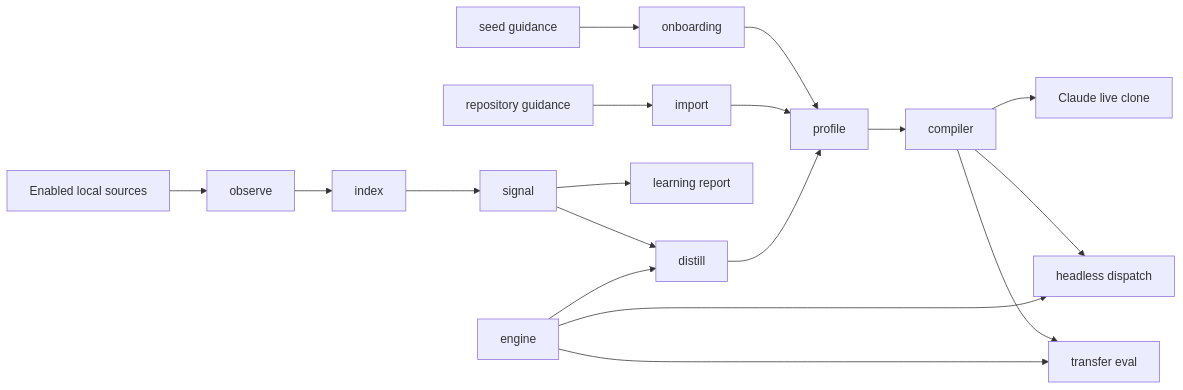
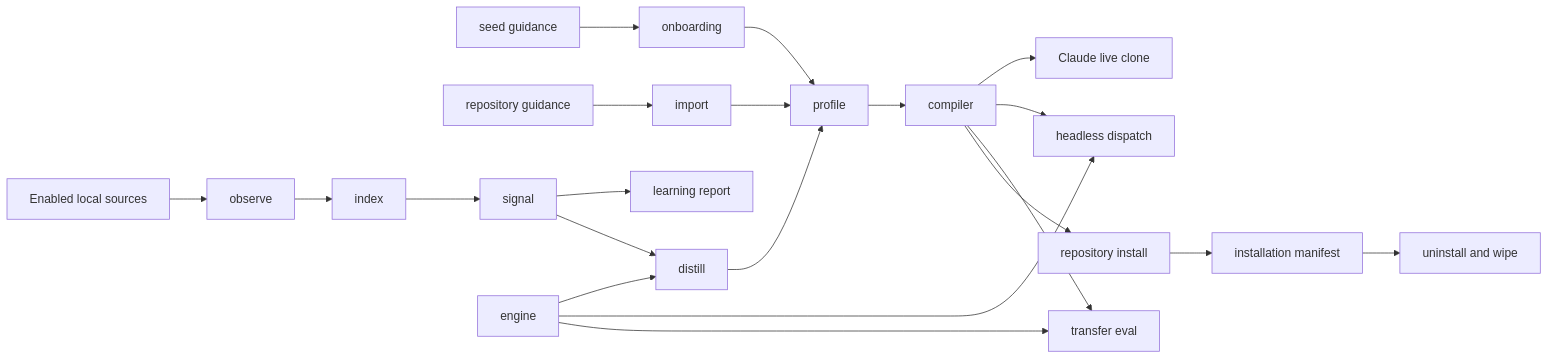
One commit to theonly1me/shadowclone changed the diagram in docs/architecture/README.md. Above: the diagram before and after it, drawn with Mermaid. The commit also changed other lines of this file and 51 other files, not shown here.

````diff
--- a/docs/architecture/README.md
+++ b/docs/architecture/README.md
@@ -25,20 +25,23 @@
 ```mermaid
 flowchart LR
     Guidance[seed guidance] --> Onboarding[onboarding]
     Onboarding --> Profile[profile]
     RepositoryGuidance[repository guidance] --> Import[import]
     Import --> Profile
     Sources[Enabled local sources] --> Observe[observe]
     Observe --> Index[index]
     Index --> Signal[signal]
     Signal --> Report[learning report]
     Signal --> Distill[distill]
     Engine[engine] --> Distill
     Distill --> Profile
     Profile --> Compiler[compiler]
     Compiler --> Live[Claude live clone]
     Compiler --> Dispatch[headless dispatch]
     Compiler --> Eval[transfer eval]
+    Compiler --> Install[repository install]
+    Install --> Installations[installation manifest]
+    Installations --> Uninstall[uninstall and wipe]
     Engine --> Dispatch
     Engine --> Eval
 ```
````
